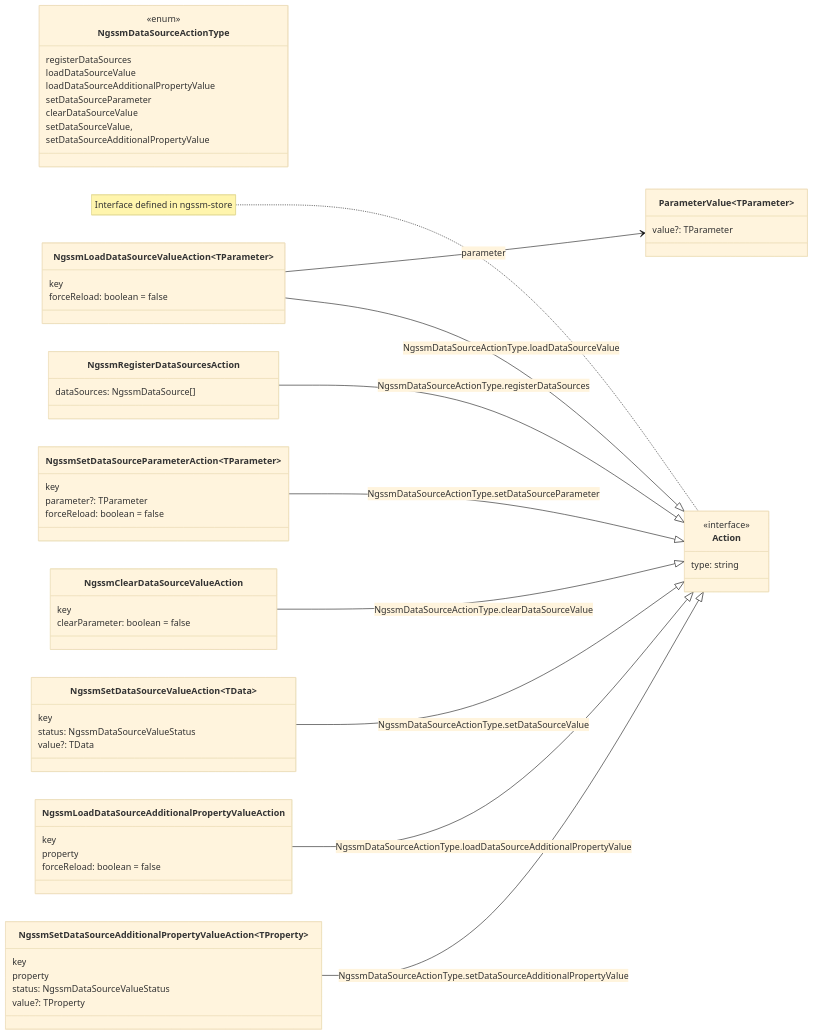
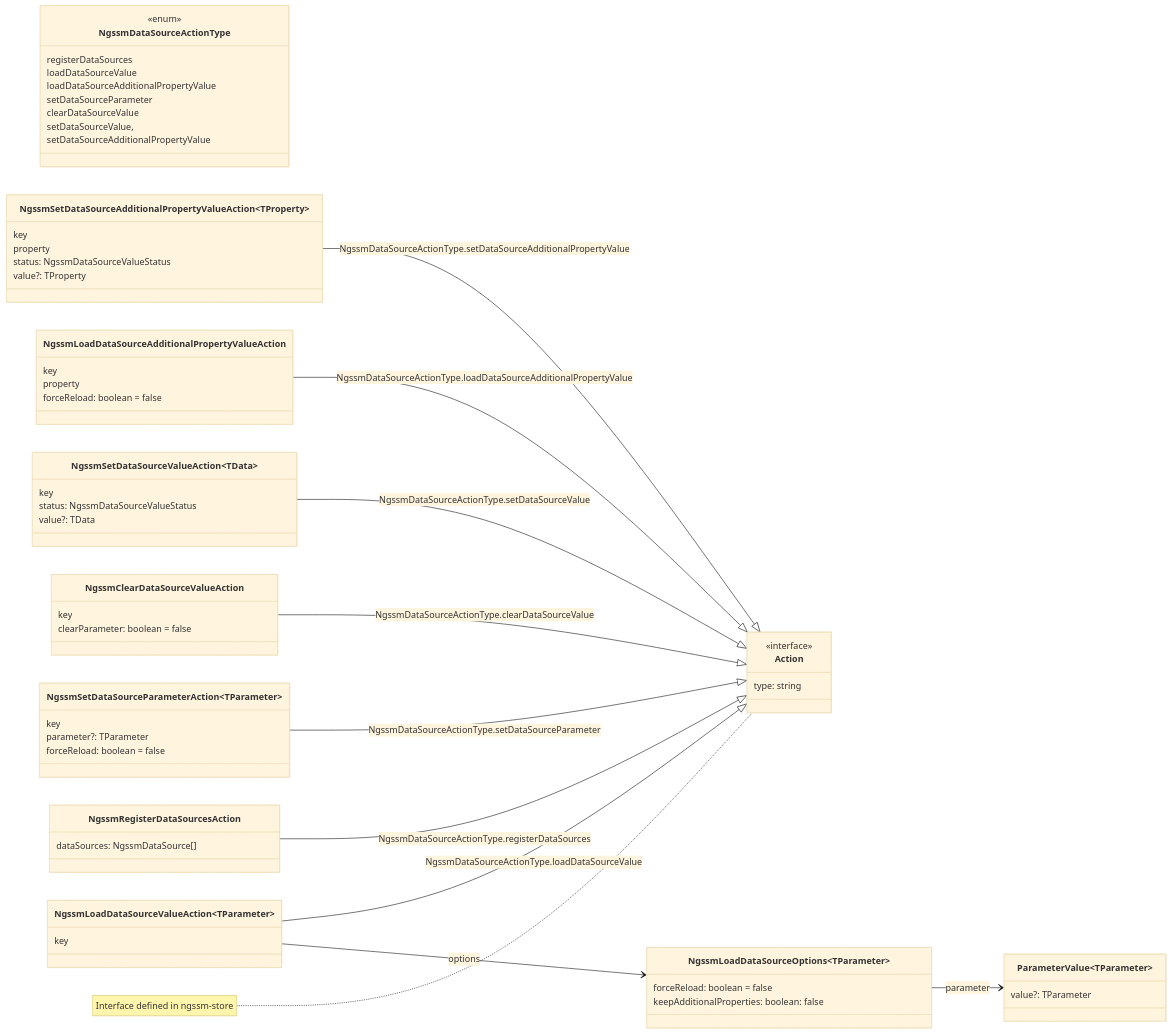
Before and after one commit to LionMarc/ng-simple-state-management: the third of 3 diagrams in docs/libraries/ngssm-data.md, drawn with Mermaid (base theme). The commit also changed other lines of this file and 10 other files, not shown here.

Commit message:
[ngssm-data] Allow not clearing additional properties when reloading data source value (#218)

````diff
--- a/docs/libraries/ngssm-data.md
+++ b/docs/libraries/ngssm-data.md
@@ -118,73 +117,78 @@
 ```mermaid
 classDiagram
     direction LR
     class NgssmDataSourceActionType{
         <<enum>>
         registerDataSources
         loadDataSourceValue
         loadDataSourceAdditionalPropertyValue
         setDataSourceParameter
         clearDataSourceValue
         setDataSourceValue,
         setDataSourceAdditionalPropertyValue
     }
 
     note for Action "Interface defined in ngssm-store"
     class Action {
         <<interface>>
         type: string
     }
 
     class ParameterValue~TParameter~{
         value?: TParameter
     }
 
+    class NgssmLoadDataSourceOptions~TParameter~ {
+        forceReload: boolean = false
+        keepAdditionalProperties: boolean: false
+    }
+
     class NgssmLoadDataSourceValueAction~TParameter~{
         key
-        forceReload: boolean = false
     }
 
-    NgssmLoadDataSourceValueAction-->ParameterValue : parameter
+    NgssmLoadDataSourceValueAction-->NgssmLoadDataSourceOptions: options
+    NgssmLoadDataSourceOptions-->ParameterValue : parameter
 
     class NgssmLoadDataSourceAdditionalPropertyValueAction{
         key
         property
         forceReload: boolean = false
     }
 
     class NgssmRegisterDataSourcesAction{
         dataSources: NgssmDataSource[]
     }
 
     class NgssmSetDataSourceParameterAction~TParameter~{
         key
         parameter?: TParameter
         forceReload: boolean = false
     }
 
     class NgssmClearDataSourceValueAction{
         key
         clearParameter: boolean = false
     }
 
     class NgssmSetDataSourceValueAction~TData~{
         key
         status: NgssmDataSourceValueStatus
         value?: TData
     }
 
     class NgssmSetDataSourceAdditionalPropertyValueAction~TProperty~{
         key
         property
         status: NgssmDataSourceValueStatus
         value?: TProperty
     }
 
     NgssmRegisterDataSourcesAction --|> Action: NgssmDataSourceActionType.registerDataSources
     NgssmLoadDataSourceValueAction --|> Action: NgssmDataSourceActionType.loadDataSourceValue
     NgssmSetDataSourceParameterAction --|> Action: NgssmDataSourceActionType.setDataSourceParameter
     NgssmClearDataSourceValueAction --|> Action: NgssmDataSourceActionType.clearDataSourceValue
     NgssmSetDataSourceValueAction --|> Action: NgssmDataSourceActionType.setDataSourceValue
     NgssmLoadDataSourceAdditionalPropertyValueAction --|> Action: NgssmDataSourceActionType.loadDataSourceAdditionalPropertyValue
     NgssmSetDataSourceAdditionalPropertyValueAction --|> Action: NgssmDataSourceActionType.setDataSourceAdditionalPropertyValue
 ```
````
